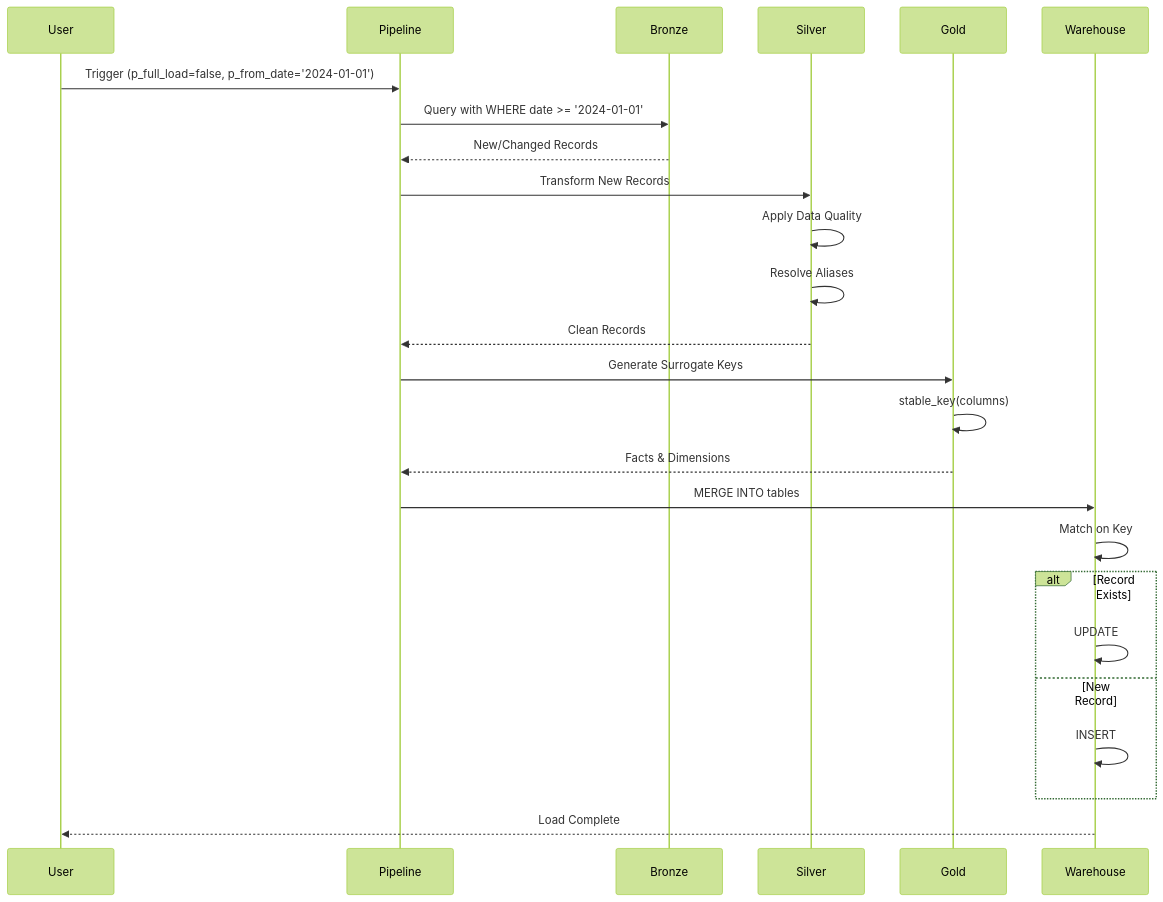
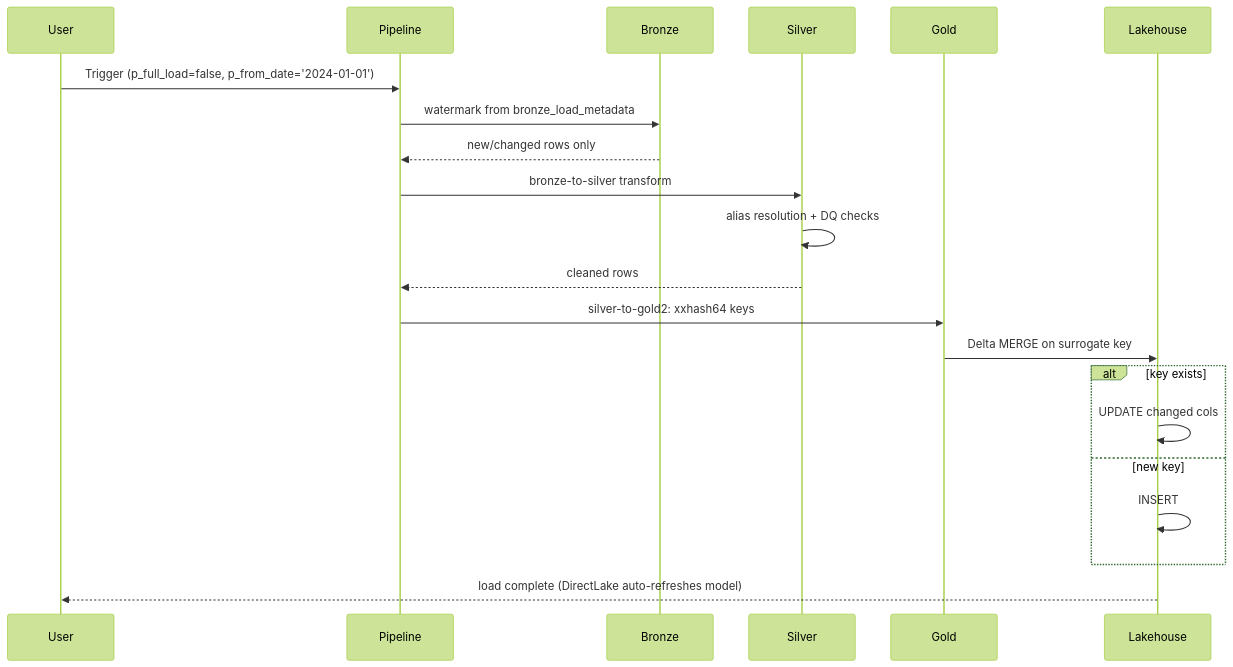
Before and after one commit to erikemilsson/OEMMatInsightBI: the third of 4 diagrams in docs/architecture/data-flow-diagram.md, drawn with Mermaid (forest theme). The commit also changed other lines of this file and 4 other files, not shown here.

````diff
--- a/docs/architecture/data-flow-diagram.md
+++ b/docs/architecture/data-flow-diagram.md
@@ -154,31 +115,24 @@
 ```mermaid
 sequenceDiagram
     participant User
     participant Pipeline
     participant Bronze
     participant Silver
     participant Gold
-    participant Warehouse
+    participant Lakehouse
 
     User->>Pipeline: Trigger (p_full_load=false, p_from_date='2024-01-01')
-    Pipeline->>Bronze: Query with WHERE date >= '2024-01-01'
-    Bronze-->>Pipeline: New/Changed Records
-
-    Pipeline->>Silver: Transform New Records
-    Silver->>Silver: Apply Data Quality
-    Silver->>Silver: Resolve Aliases
-    Silver-->>Pipeline: Clean Records
-
-    Pipeline->>Gold: Generate Surrogate Keys
-    Gold->>Gold: stable_key(columns)
-    Gold-->>Pipeline: Facts & Dimensions
-
-    Pipeline->>Warehouse: MERGE INTO tables
-    Warehouse->>Warehouse: Match on Key
-    alt Record Exists
-        Warehouse->>Warehouse: UPDATE
-    else New Record
-        Warehouse->>Warehouse: INSERT
+    Pipeline->>Bronze: watermark from bronze_load_metadata
+    Bronze-->>Pipeline: new/changed rows only
+    Pipeline->>Silver: bronze-to-silver transform
+    Silver->>Silver: alias resolution + DQ checks
+    Silver-->>Pipeline: cleaned rows
+    Pipeline->>Gold: silver-to-gold2: xxhash64 keys
+    Gold->>Lakehouse: Delta MERGE on surrogate key
+    alt key exists
+        Lakehouse->>Lakehouse: UPDATE changed cols
+    else new key
+        Lakehouse->>Lakehouse: INSERT
     end
-    Warehouse-->>User: Load Complete
+    Lakehouse-->>User: load complete (DirectLake auto-refreshes model)
 ```
````
